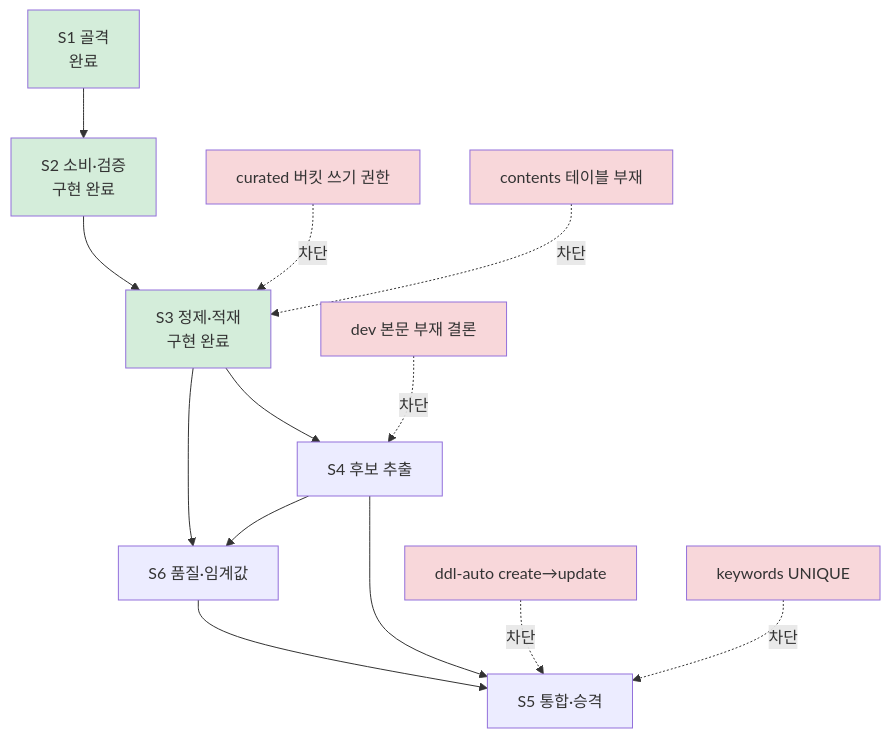
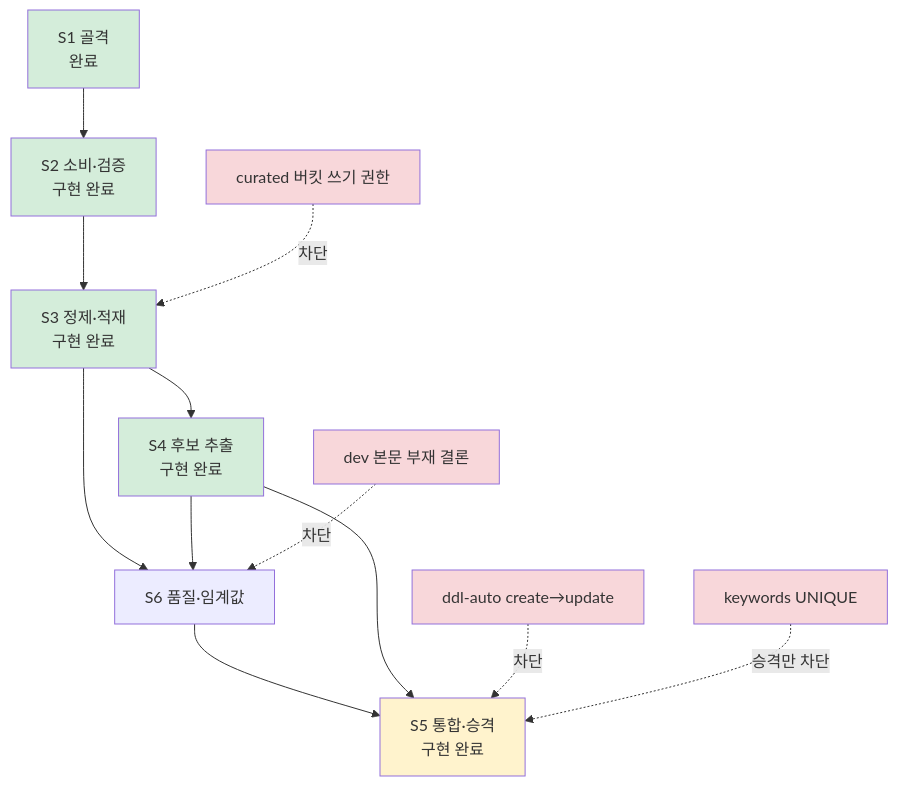
Before and after one commit to gyeolhan0789/TrendIn: the diagram in pipeline/spark/docs/10-delivery-plan.md, drawn with Mermaid. The commit also changed other lines of this file and 28 other files, not shown here.

````diff
--- a/pipeline/spark/docs/10-delivery-plan.md
+++ b/pipeline/spark/docs/10-delivery-plan.md
@@ -225,26 +312,25 @@
 ```mermaid
 flowchart TD
     S1["S1 골격<br/>완료"] --> S2["S2 소비·검증<br/>구현 완료"]
     S2 --> S3["S3 정제·적재<br/>구현 완료"]
-    S3 --> S4["S4 후보 추출"]
+    S3 --> S4["S4 후보 추출<br/>구현 완료"]
     S3 --> S6["S6 품질·임계값"]
     S4 --> S6
-    S6 --> S5["S5 통합·승격"]
+    S6 --> S5["S5 통합·승격<br/>구현 완료"]
     S4 --> S5
 
     B1["ddl-auto create→update"] -.차단.-> S5
-    B2["keywords UNIQUE"] -.차단.-> S5
+    B2["keywords UNIQUE"] -."승격만 차단".-> S5
     B3["curated 버킷 쓰기 권한"] -.차단.-> S3
-    B4["dev 본문 부재 결론"] -.차단.-> S4
-
-    B5["contents 테이블 부재"] -.차단.-> S3
+    B4["dev 본문 부재 결론"] -.차단.-> S6
 
     style S1 fill:#d4edda
     style S2 fill:#d4edda
     style S3 fill:#d4edda
-    style B5 fill:#f8d7da
+    style S4 fill:#d4edda
+    style S5 fill:#fff3cd
     style B1 fill:#f8d7da
     style B2 fill:#f8d7da
     style B3 fill:#f8d7da
     style B4 fill:#f8d7da
 ```
````
